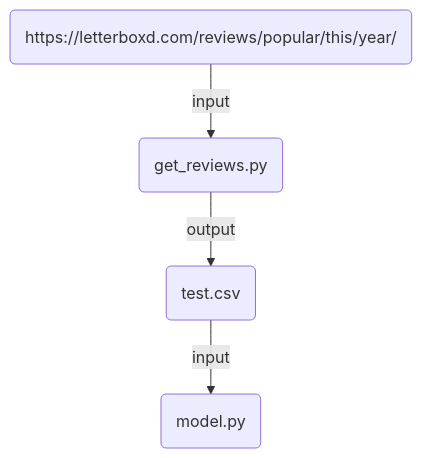
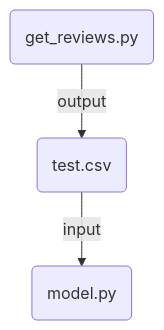
Before and after one commit to alivabernali/MovieRekomendr: the diagram in README.md, drawn with Mermaid.

````diff
--- a/README.md
+++ b/README.md
@@ -13,4 +13,4 @@
 ```mermaid
 graph TD
-Z(https://letterboxd.com/reviews/popular/this/year/)-->|input| A(get_reviews.py)-->|output| B(test.csv)-->|input| C(model.py)
+A(get_reviews.py)-->|output| B(test.csv)-->|input| C(model.py)
 ```
````
